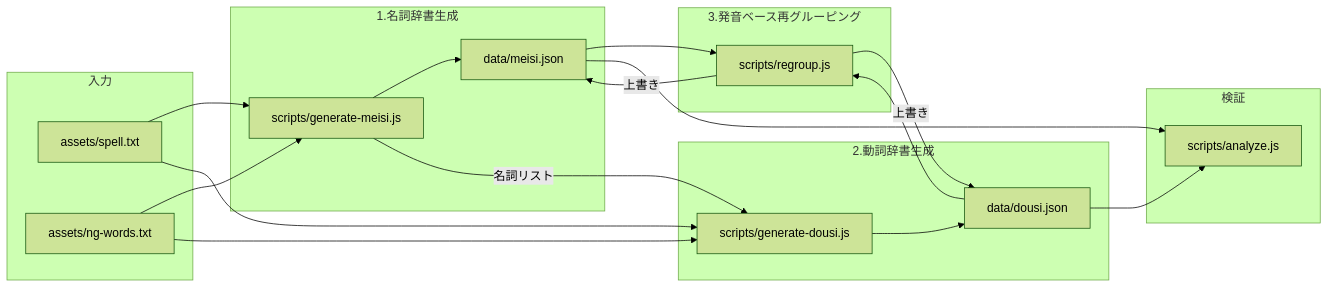
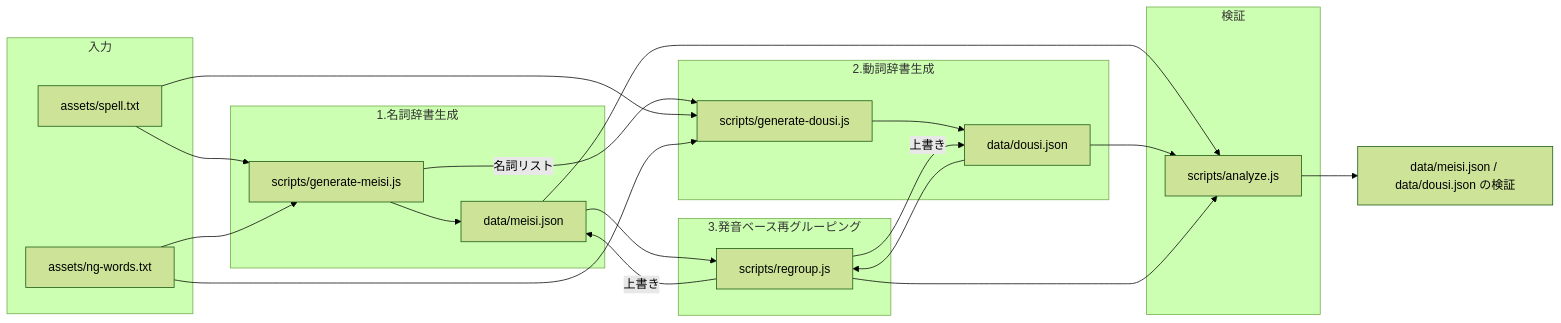
The first of 11 diagrams in docs/dictionary-generation.md (amanoese/yukichant), drawn with Mermaid (forest theme) before and after one commit. The commit also changed other lines of this file and 3 other files, not shown here.

````diff
--- a/docs/dictionary-generation.md
+++ b/docs/dictionary-generation.md
@@ -15,39 +15,41 @@
 ```mermaid
 flowchart LR
     subgraph 入力
         A[assets/spell.txt]
         B[assets/ng-words.txt]
     end
 
     subgraph 1.名詞辞書生成
         C[scripts/generate-meisi.js]
         D[data/meisi.json]
     end
 
     subgraph 2.動詞辞書生成
         E[scripts/generate-dousi.js]
         F[data/dousi.json]
     end
 
     subgraph 3.発音ベース再グルーピング
         G[scripts/regroup.js]
     end
 
     subgraph 検証
         H[scripts/analyze.js]
     end
 
     A --> C
     B --> C
     C --> D
     C -->|名詞リスト| E
     A --> E
     B --> E
     E --> F
     D --> G
     F --> G
     G -->|上書き| D
     G -->|上書き| F
     D --> H
     F --> H
+    G --> H
+    H --> I[data/meisi.json / data/dousi.json の検証]
 ```
````
